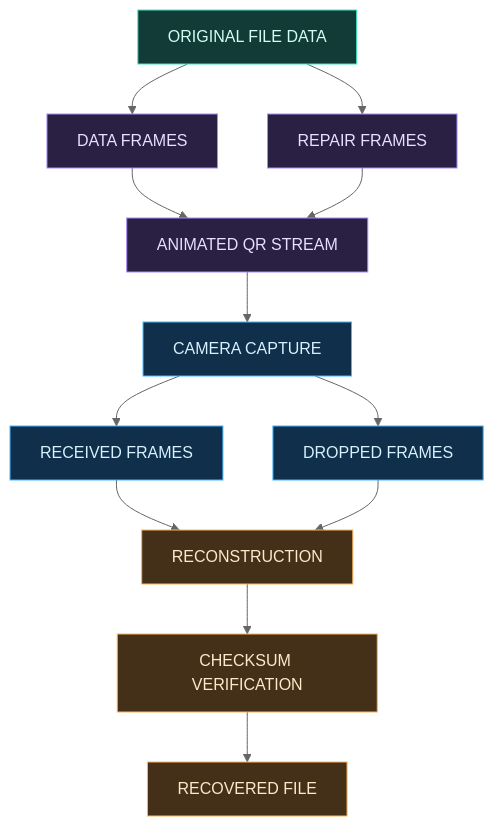
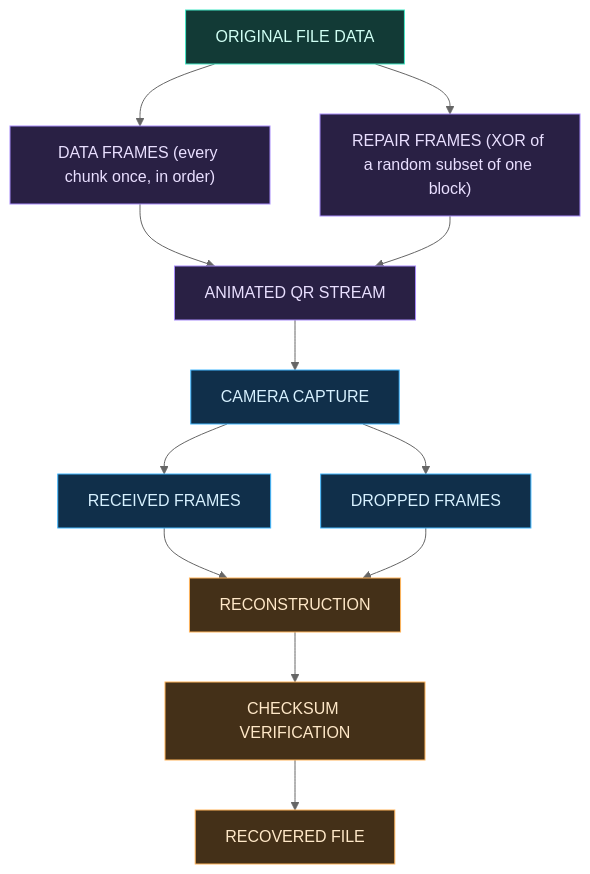
One commit to enzoceon/offdrop changed the second of 2 diagrams in README.md. Above: the diagram before and after it, drawn with Mermaid (neutral theme). The commit also changed other lines of this file, not shown here.

````diff
--- a/README.md
+++ b/README.md
@@ -84,29 +142,23 @@
 ```mermaid
 flowchart TB
-    A["ORIGINAL FILE DATA"] --> B["DATA FRAMES"]
-    A --> C["REPAIR FRAMES"]
-
+    A["ORIGINAL FILE DATA"] --> B["DATA FRAMES (every chunk once, in order)"]
+    A --> C["REPAIR FRAMES (XOR of a random subset of one block)"]
     B --> D["ANIMATED QR STREAM"]
     C --> D
-
     D --> E["CAMERA CAPTURE"]
-
     E --> F["RECEIVED FRAMES"]
     E --> G["DROPPED FRAMES"]
-
     F --> H["RECONSTRUCTION"]
     G --> H
-
     H --> I["CHECKSUM VERIFICATION"]
     I --> J["RECOVERED FILE"]
 
     classDef original fill:#123A36,stroke:#42E8C5,color:#D0FFF4
     classDef frames fill:#292044,stroke:#A78BFA,color:#E9DFFF
     classDef capture fill:#102F4A,stroke:#42B8FF,color:#D7F1FF
     classDef recovery fill:#443018,stroke:#FFB45B,color:#FFE8C8
-
     class A original
     class B,C,D frames
     class E,F,G capture
     class H,I,J recovery
 ```
````
